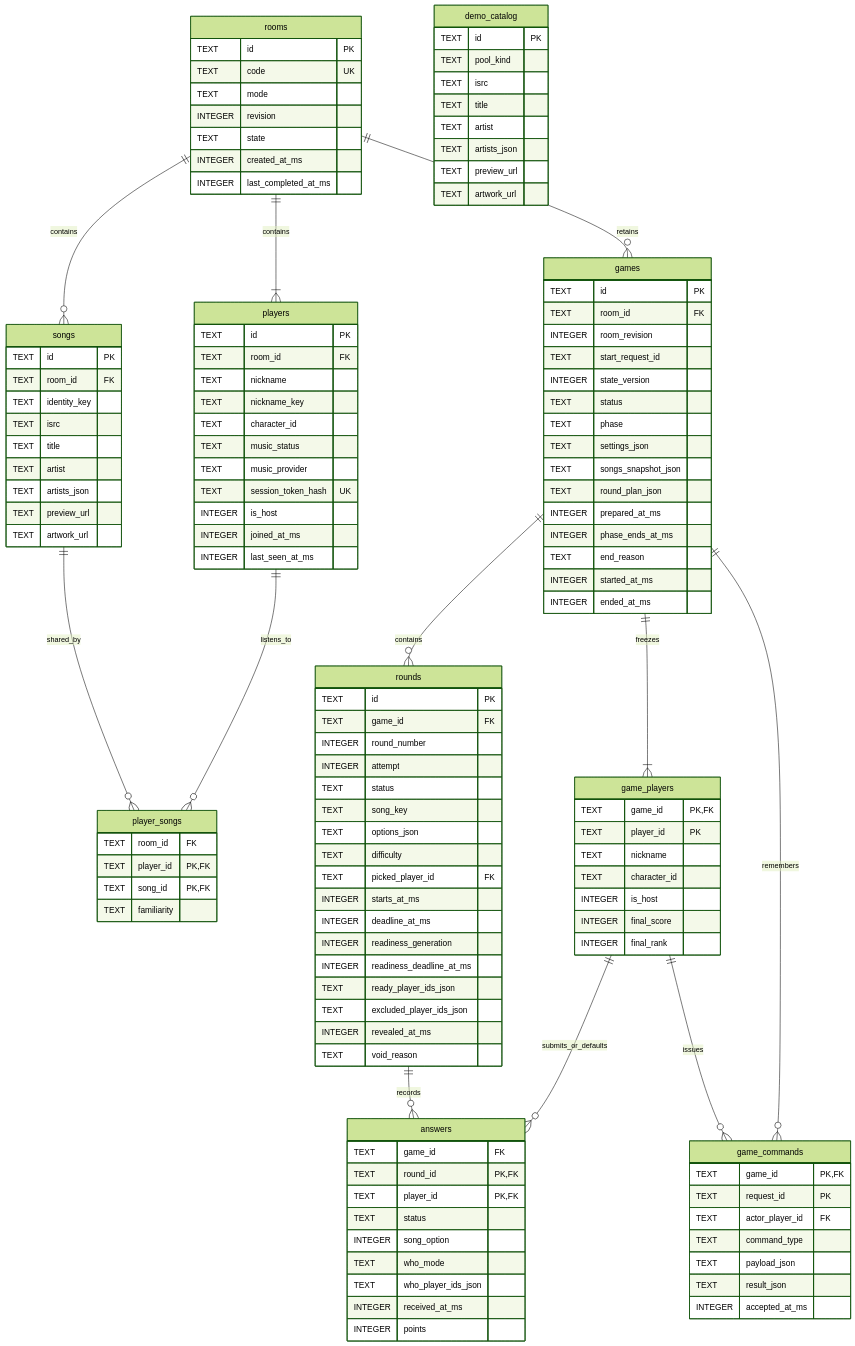
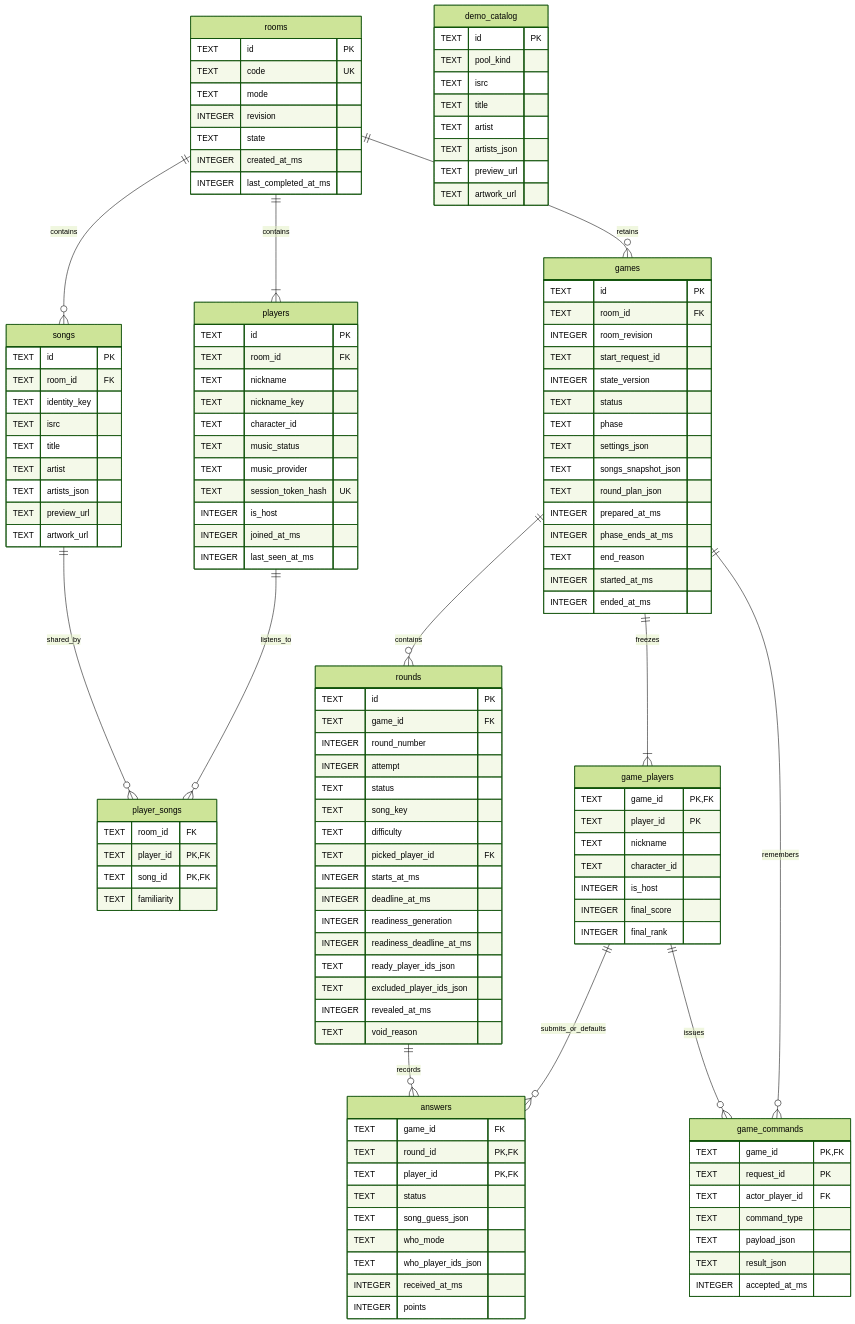
One commit to Inventure71/DevOpsAssignement changed the diagram in docs/06_DATA_MODEL.md. Above: the diagram before and after it, drawn with Mermaid (forest theme). The commit also changed other lines of this file and 100 other files, not shown here.

```diff
--- a/docs/06_DATA_MODEL.md
+++ b/docs/06_DATA_MODEL.md
@@ -129,7 +136,6 @@
         INTEGER attempt
         TEXT status
         TEXT song_key
-        TEXT options_json
         TEXT difficulty
         TEXT picked_player_id FK
         INTEGER starts_at_ms
@@ -146,7 +152,7 @@
         TEXT round_id PK, FK
         TEXT player_id PK, FK
         TEXT status
-        INTEGER song_option
+        TEXT song_guess_json
         TEXT who_mode
         TEXT who_player_ids_json
         INTEGER received_at_ms
```
